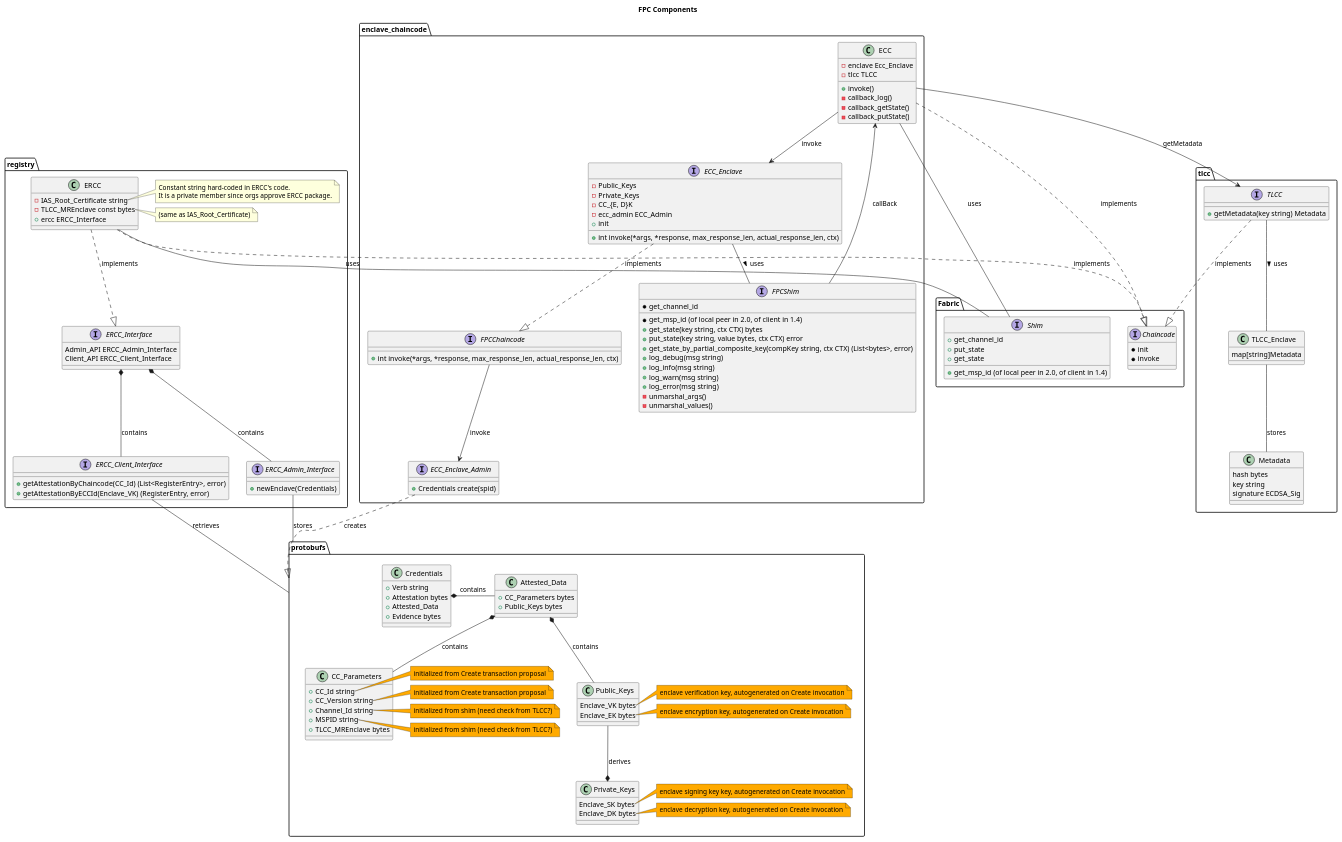
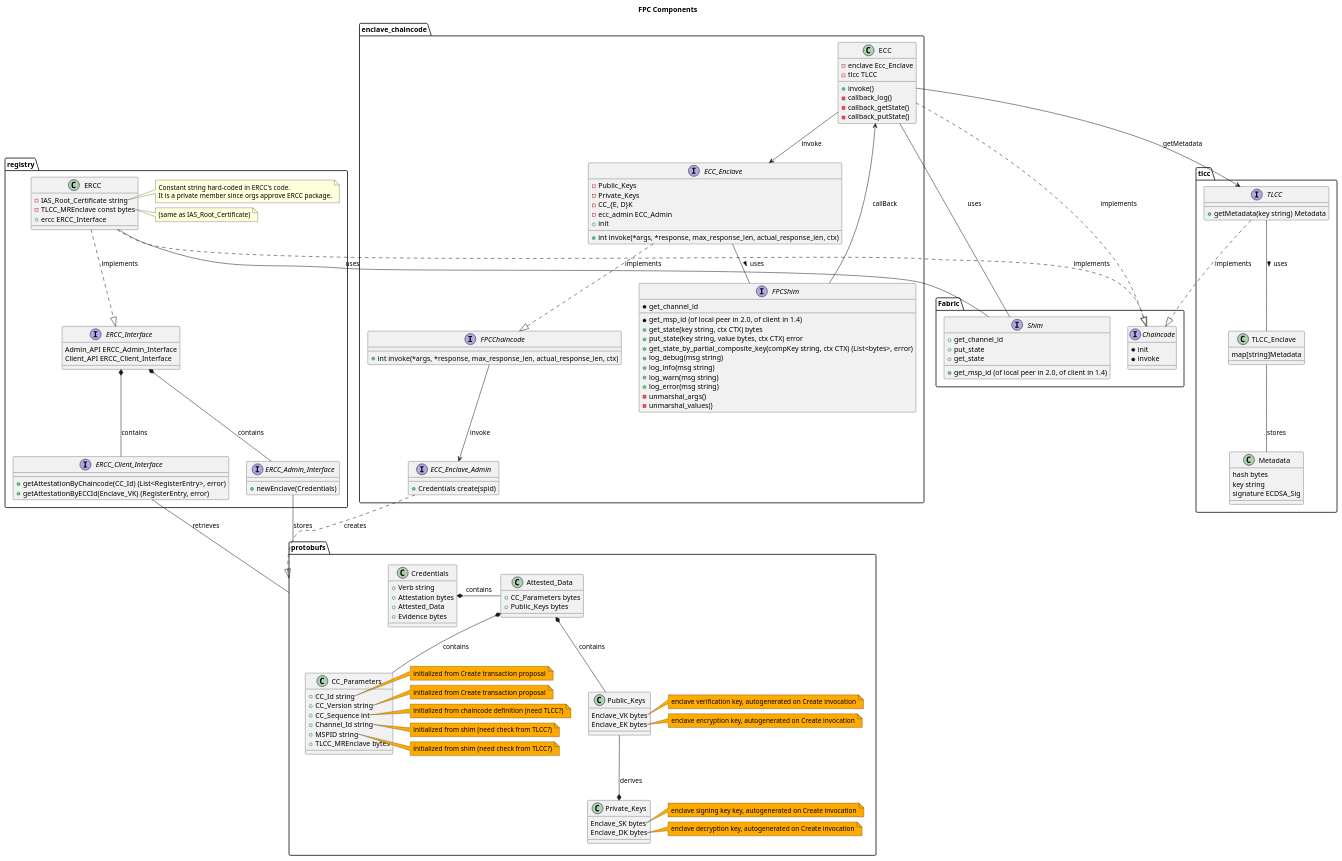
One commit to hyperledger/fabric-private-chaincode changed the diagram in docs/design/fabric-v2+/fpc-components.puml. Above: the diagram before and after it, drawn with PlantUML. The commit also changed 1 other file, not shown here.

Commit message:
adding Sequence to chaincode id and version

```diff
--- a/docs/design/fabric-v2+/fpc-components.puml
+++ b/docs/design/fabric-v2+/fpc-components.puml
@@ -16,6 +16,7 @@
 class CC_Parameters {
     + CC_Id string
     + CC_Version string
+    + CC_Sequence int
     + Channel_Id string
     + MSPID string
     + TLCC_MREnclave bytes
@@ -45,6 +46,9 @@
 end note
 note right of CC_Parameters::CC_Version #FFaa00
     initialized from Create transaction proposal
+end note
+note right of CC_Parameters::CC_Sequence #FFaa00
+    initialized from chaincode definition (need TLCC?)
 end note
 note right of CC_Parameters::Channel_Id #FFaa00
     initialized from shim (need check from TLCC?)
```
